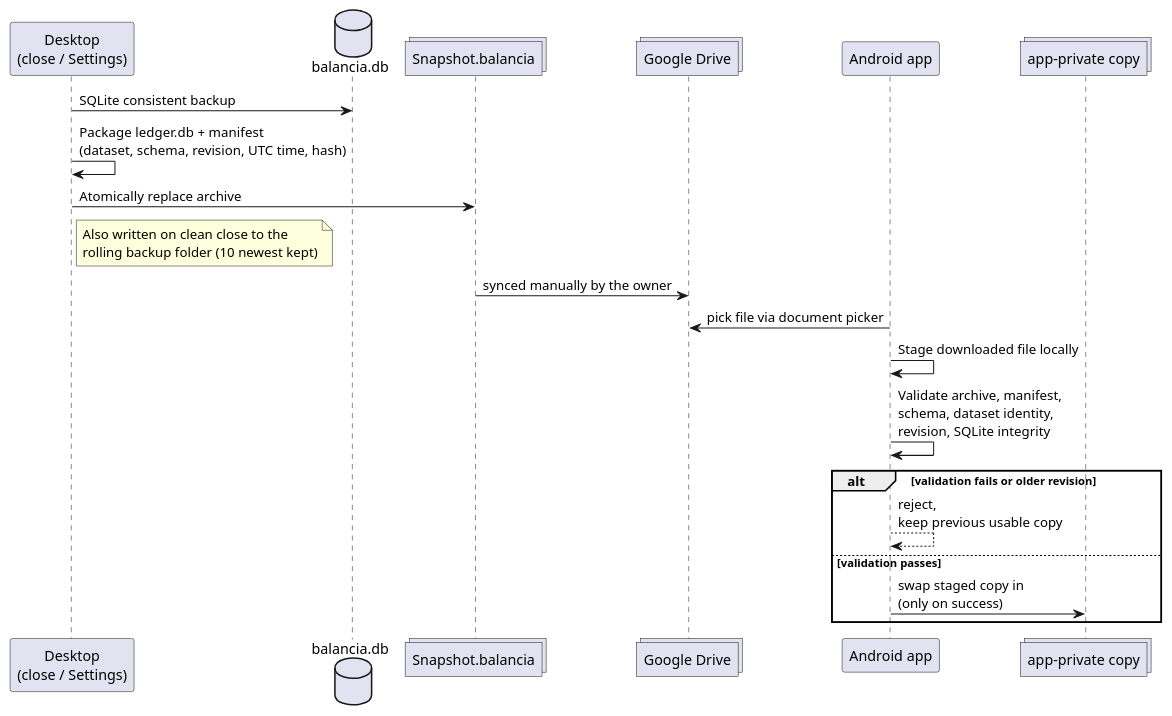
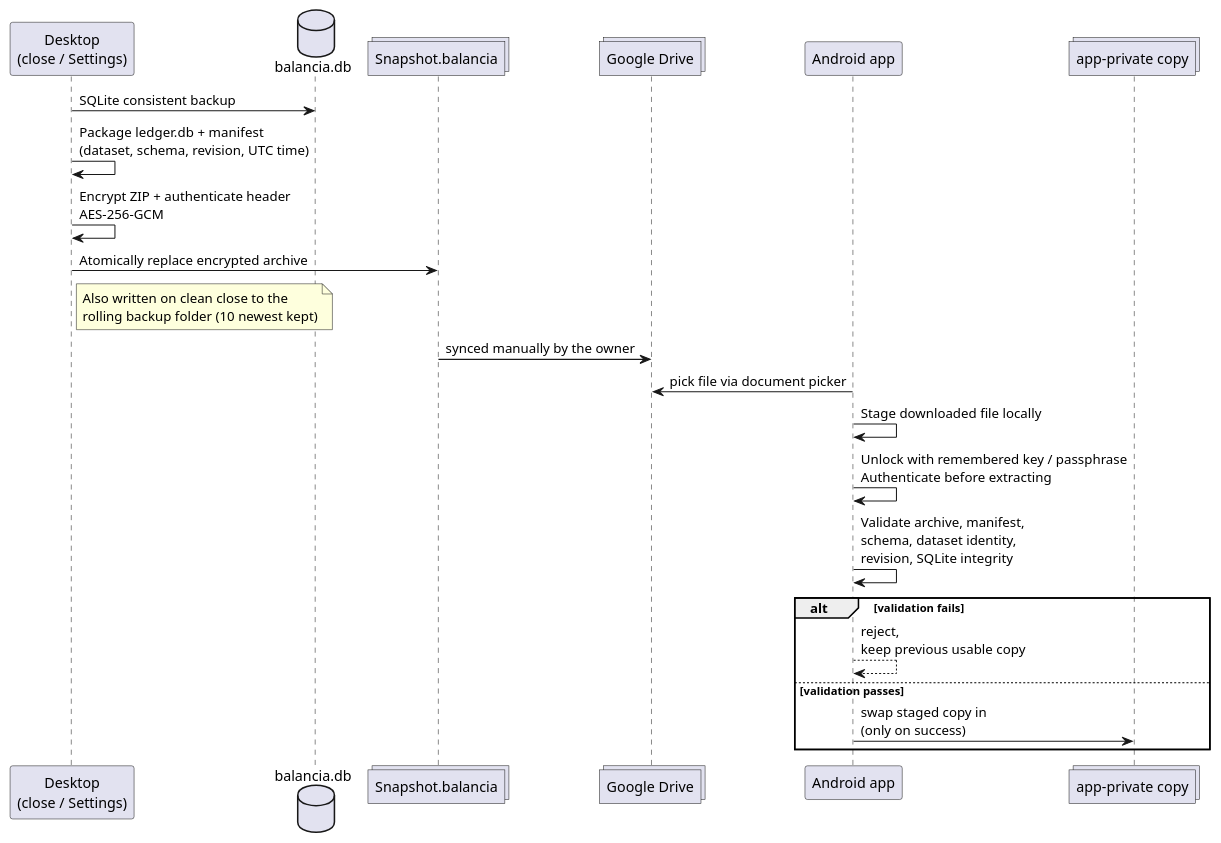
Before and after one commit to Tariatan/Balancia: the fifth of 5 diagrams in docs/Technical_Design_Description.md, drawn with PlantUML. The commit also changed other lines of this file and 41 other files, not shown here.

````diff
--- a/docs/Technical_Design_Description.md
+++ b/docs/Technical_Design_Description.md
@@ -445,29 +448,31 @@
 ```plantuml
 @startuml
 participant "Desktop\n(close / Settings)" as Desktop
 database "balancia.db" as Db
 collections "Snapshot.balancia" as Snap
 collections "Google Drive" as Drive
 participant "Android app" as Android
 collections "app-private copy" as AndroidDb
 
 Desktop -> Db : SQLite consistent backup
-Desktop -> Desktop : Package ledger.db + manifest\n(dataset, schema, revision, UTC time, hash)
-Desktop -> Snap : Atomically replace archive
+Desktop -> Desktop : Package ledger.db + manifest\n(dataset, schema, revision, UTC time)
+Desktop -> Desktop : Encrypt ZIP + authenticate header\nAES-256-GCM
+Desktop -> Snap : Atomically replace encrypted archive
 note right of Desktop
   Also written on clean close to the
   rolling backup folder (10 newest kept)
 end note
 
 Snap -> Drive : synced manually by the owner
 
 Android -> Drive : pick file via document picker
 Android -> Android : Stage downloaded file locally
+Android -> Android : Unlock with remembered key / passphrase\nAuthenticate before extracting
 Android -> Android : Validate archive, manifest,\nschema, dataset identity,\nrevision, SQLite integrity
-alt validation fails or older revision
+alt validation fails
   Android --> Android : reject,\nkeep previous usable copy
 else validation passes
   Android -> AndroidDb : swap staged copy in\n(only on success)
 end
 @enduml
 ```
````
